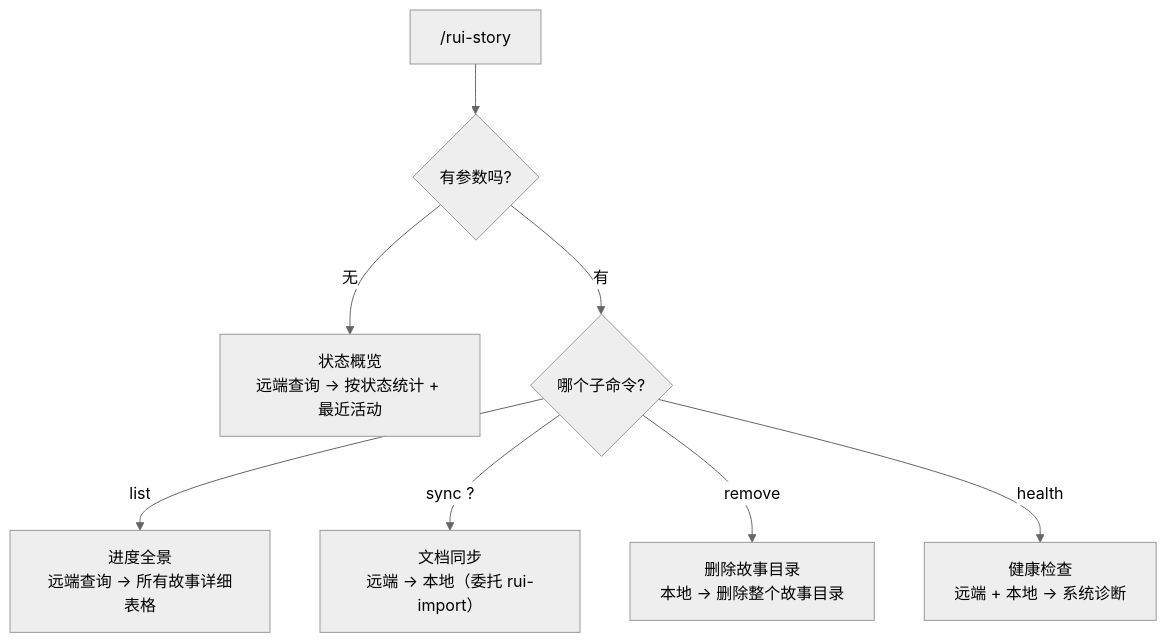
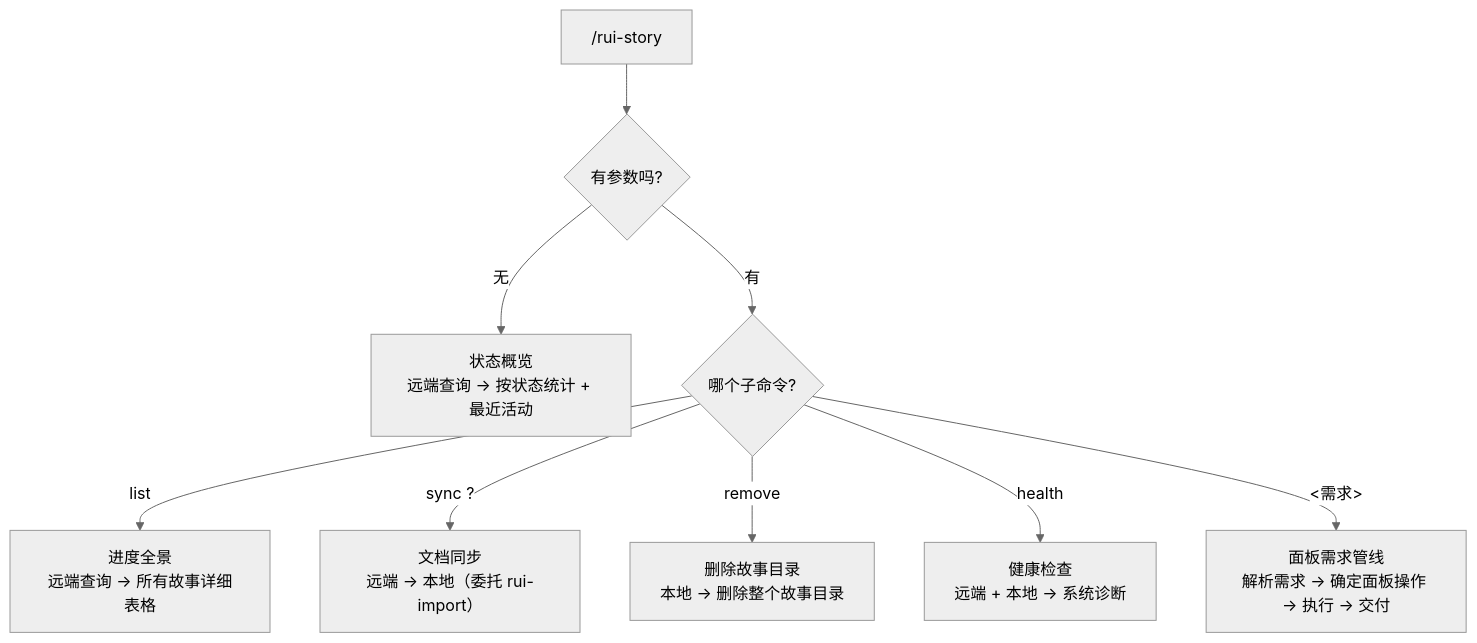
One commit to effiy/YrY changed the first of 13 diagrams in skills/rui-story/SKILL.md. Above: the diagram before and after it, drawn with Mermaid (neutral theme). The commit also changed other lines of this file and 24 other files, not shown here.

````diff
--- a/skills/rui-story/SKILL.md
+++ b/skills/rui-story/SKILL.md
@@ -20,11 +20,12 @@
 ```mermaid
 flowchart TD
     ENTRY["/rui-story"]:::entry --> Q1{"有参数吗?"}
     Q1 -->|"无"| OVERVIEW["状态概览<br/>远端查询 → 按状态统计 + 最近活动"]:::read
     Q1 -->|"有"| Q2{"哪个子命令?"}
     Q2 -->|"list"| LIST["进度全景<br/>远端查询 → 所有故事详细表格"]:::read
     Q2 -->|"sync <name>?"| SYNC["文档同步<br/>远端 → 本地（委托 rui-import）"]:::write
     Q2 -->|"remove <name>"| REMOVE["删除故事目录<br/>本地 → 删除整个故事目录"]:::danger
     Q2 -->|"health"| HEALTH["健康检查<br/>远端 + 本地 → 系统诊断"]:::read
+    Q2 -->|"&lt;需求&gt;"| REQ["面板需求管线<br/>解析需求 → 确定面板操作 → 执行 → 交付"]:::write
 
 ```
````
